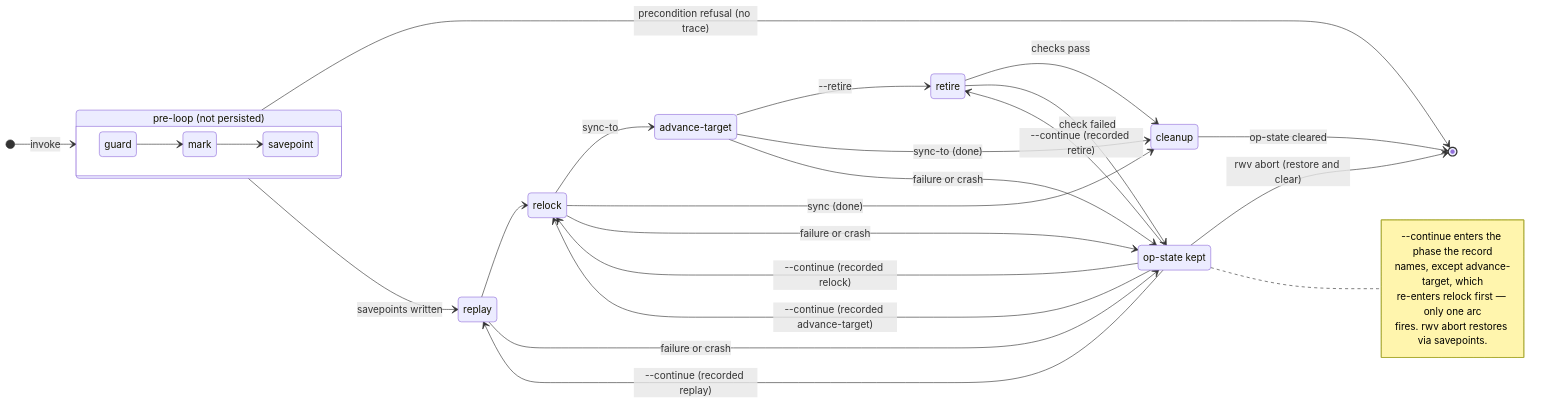
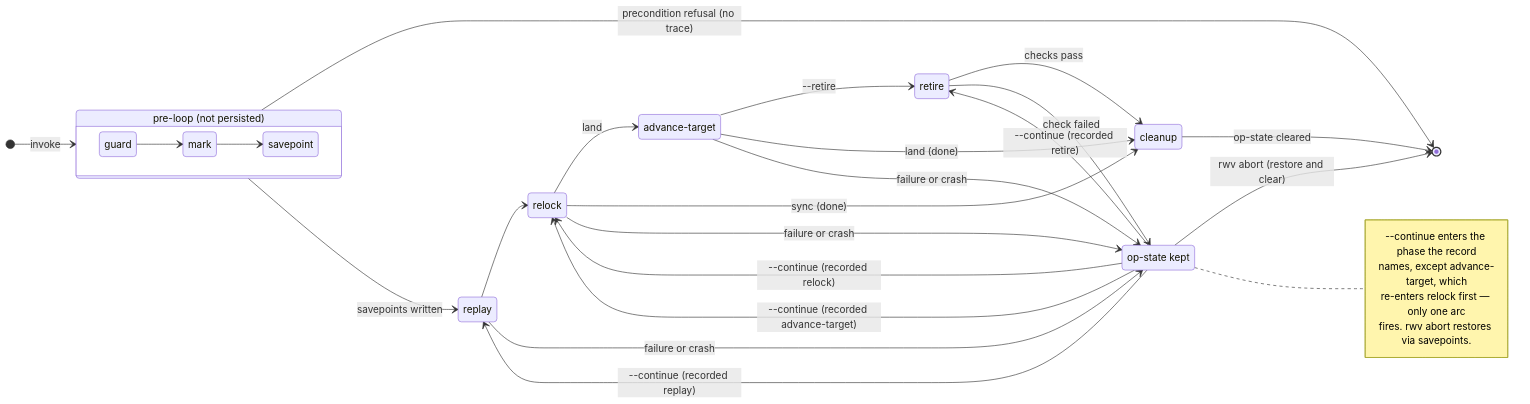
Before and after one commit to cwalv/repoweave: the diagram in docs/internals/sync-phase-machine.md, drawn with Mermaid. The commit also changed other lines of this file and 169 other files, not shown here.

Commit message:
land replaces sync-to: lands a feature into its record's target

````diff
--- a/docs/internals/sync-phase-machine.md
+++ b/docs/internals/sync-phase-machine.md
@@ -32,43 +32,43 @@
 ```mermaid
 stateDiagram-v2
     direction LR
 
     state "pre-loop (not persisted)" as pre {
         direction LR
         guard --> mark
         mark --> savepoint
     }
 
     [*] --> pre : invoke
     pre --> [*] : precondition refusal (no trace)
     pre --> replay : savepoints written
 
     replay --> relock
-    relock --> advance_target : sync-to
+    relock --> advance_target : land
     relock --> cleanup : sync (done)
     advance_target : advance-target
     advance_target --> retire : --retire
-    advance_target --> cleanup : sync-to (done)
+    advance_target --> cleanup : land (done)
     retire --> cleanup : checks pass
 
     cleanup --> [*] : op-state cleared
 
     replay --> op_kept : failure or crash
     relock --> op_kept : failure or crash
     advance_target --> op_kept : failure or crash
     retire --> op_kept : check failed
 
     op_kept : op-state kept
     op_kept --> replay : --continue (recorded replay)
     op_kept --> relock : --continue (recorded relock)
     op_kept --> relock : --continue (recorded advance-target)
     op_kept --> retire : --continue (recorded retire)
     op_kept --> [*] : rwv abort (restore and clear)
 
     note right of op_kept
         --continue enters the phase the record
         names, except advance-target, which
         re-enters relock first — only one arc
         fires. rwv abort restores via savepoints.
     end note
 ```
````
